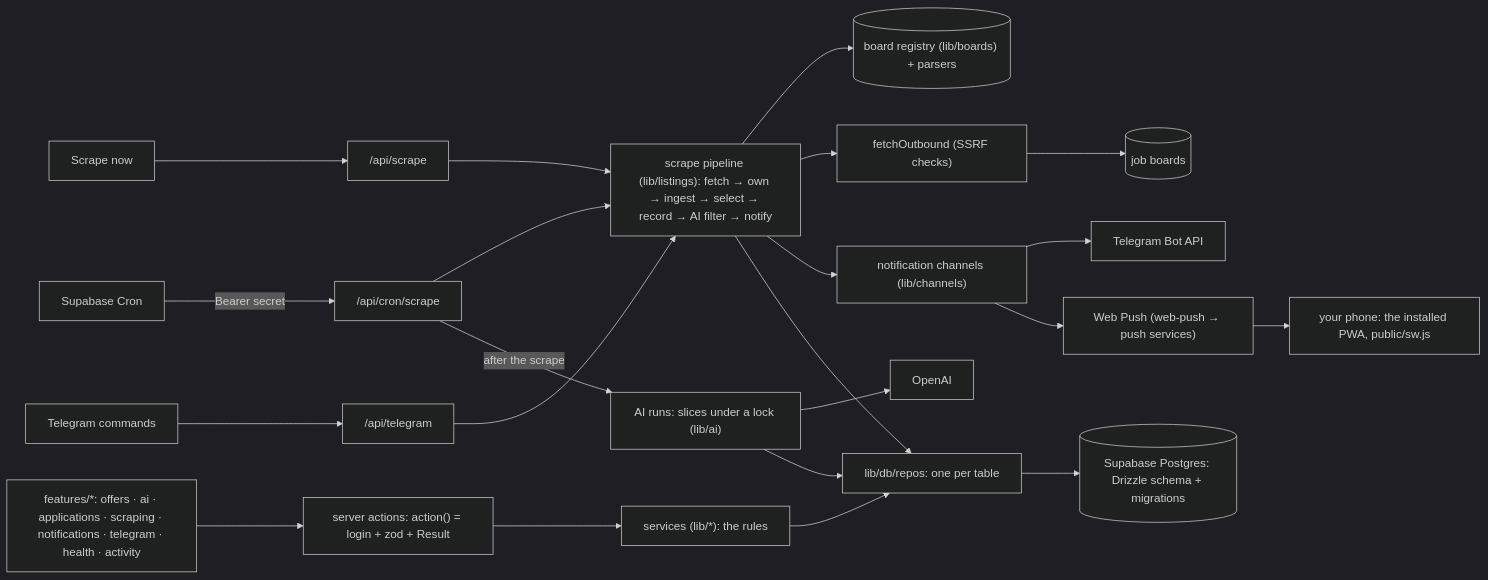
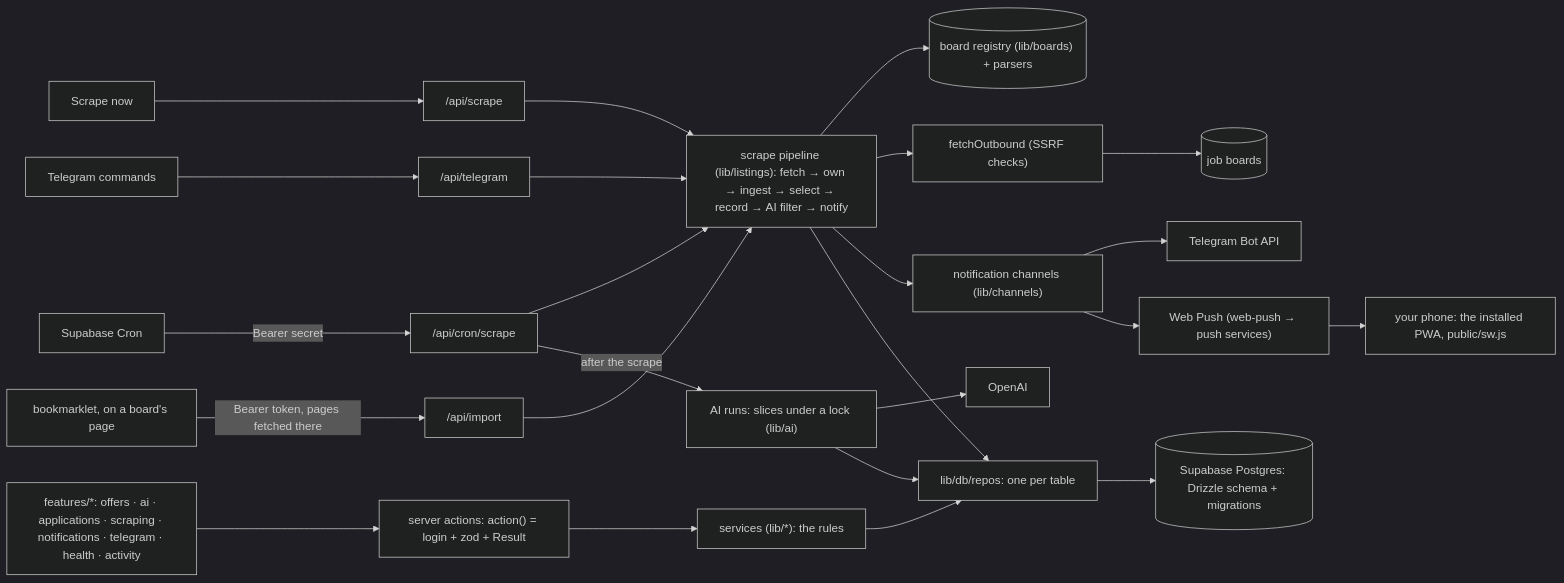
One commit to u-can-do-it/applied changed the first of 4 diagrams in docs/ARCHITECTURE.md. Above: the diagram before and after it, drawn with Mermaid (dark theme). The commit also changed other lines of this file and 14 other files, not shown here.

First line of the commit message:
Bookmarklet: a board that blocks this server, scraped from your browser

````diff
--- a/docs/ARCHITECTURE.md
+++ b/docs/ARCHITECTURE.md
@@ -9,20 +9,22 @@
 ```mermaid
 flowchart LR
   Cron[Supabase Cron] -->|Bearer secret| CronApi["/api/cron/scrape"]
   Button["Scrape now"] --> ScrapeApi["/api/scrape"]
   Bot[Telegram commands] --> TgApi["/api/telegram"]
+  Bookmarklet["bookmarklet, on a board's page"] -->|Bearer token, pages fetched there| ImportApi["/api/import"]
   CronApi --> Pipeline["scrape pipeline (lib/listings): fetch → own → ingest → select → record → AI filter → notify"]
   ScrapeApi --> Pipeline
   TgApi --> Pipeline
+  ImportApi --> Pipeline
   Pipeline --> Boards[("board registry (lib/boards) + parsers")]
   Pipeline --> Outbound["fetchOutbound (SSRF checks)"] --> Sites[(job boards)]
   Pipeline --> Channels["notification channels (lib/channels)"]
   Channels --> Telegram[Telegram Bot API]
   Channels --> Push["Web Push (web-push → push services)"] --> Phone["your phone: the installed PWA, public/sw.js"]
   CronApi -->|after the scrape| AiRuns["AI runs: slices under a lock (lib/ai)"]
   AiRuns --> OpenAI
   UI["features/*: offers · ai · applications · scraping · notifications · telegram · health · activity"] --> Actions["server actions: action() = login + zod + Result"]
   Actions --> Services["services (lib/*): the rules"] --> Repos["lib/db/repos: one per table"] --> DB[("Supabase Postgres: Drizzle schema + migrations")]
   Pipeline --> Repos
   AiRuns --> Repos
 ```
````
